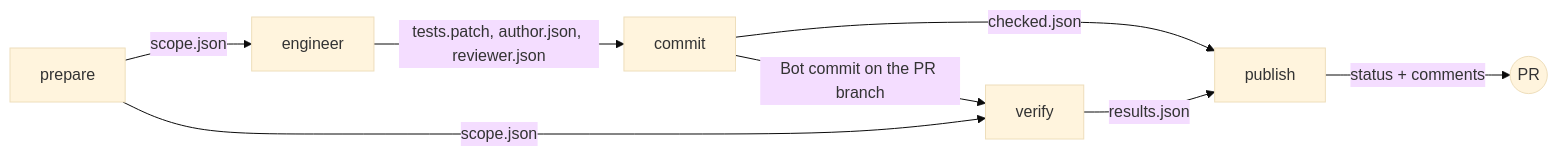
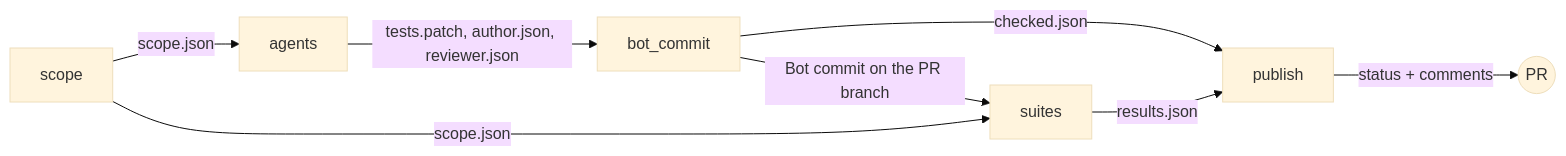
One commit to nikitaromanchukdev/taskly-app-node changed the diagram in docs/pr-run.md. Above: the diagram before and after it, drawn with Mermaid (base theme). The commit also changed other lines of this file and 22 other files, not shown here.

````diff
--- a/docs/pr-run.md
+++ b/docs/pr-run.md
@@ -20,10 +20,10 @@
 ```mermaid
 flowchart LR
-  P[prepare] -->|scope.json| E[engineer]
-  E -->|tests.patch, author.json, reviewer.json| C[commit]
-  C -->|Bot commit on the PR branch| V[verify]
-  P -->|scope.json| V
-  C -->|checked.json| X[publish]
-  V -->|results.json| X
+  S[scope] -->|scope.json| A[agents]
+  A -->|tests.patch, author.json, reviewer.json| B[bot_commit]
+  B -->|Bot commit on the PR branch| T[suites]
+  S -->|scope.json| T
+  B -->|checked.json| X[publish]
+  T -->|results.json| X
   X -->|status + comments| PR((PR))
 ```
````
